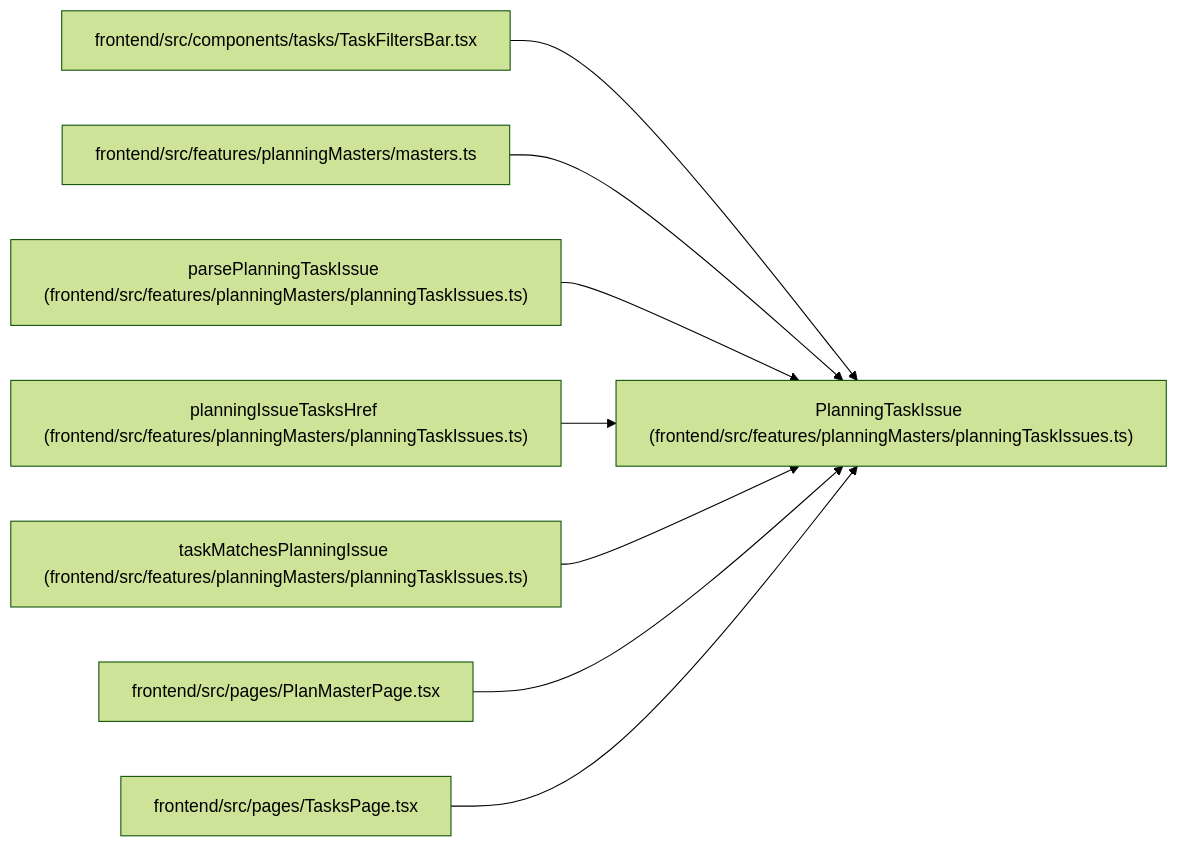
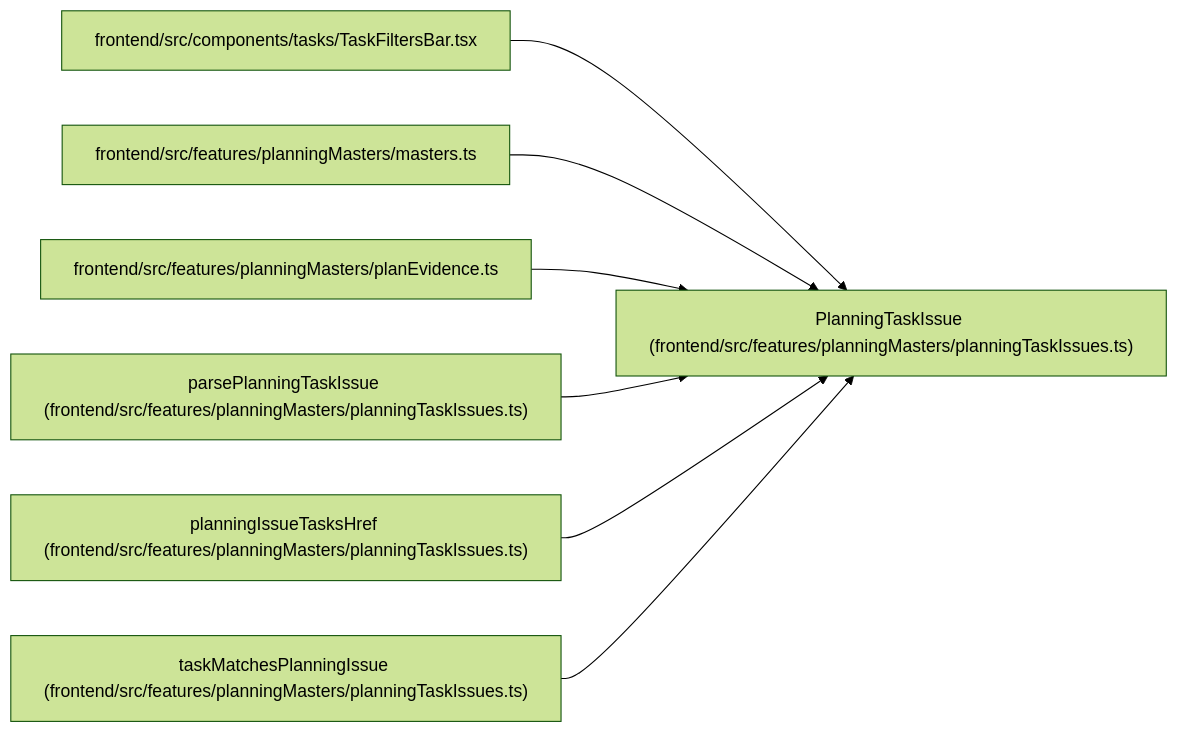
One commit to Denissvgn/WorkChord changed the diagram in docs/llm_wiki/entities/PlanningTaskIssue.md. Above: the diagram before and after it, drawn with Mermaid (forest theme). The commit also changed other lines of this file and 2373 other files, not shown here.

````diff
--- a/docs/llm_wiki/entities/PlanningTaskIssue.md
+++ b/docs/llm_wiki/entities/PlanningTaskIssue.md
@@ -28,26 +28,23 @@
 ```mermaid
 flowchart LR
     n0["PlanningTaskIssue (frontend/src/features/planningMasters/planningTaskIssues.ts)"]
     n1["frontend/src/components/tasks/TaskFiltersBar.tsx"]
     n2["frontend/src/features/planningMasters/masters.ts"]
-    n3["parsePlanningTaskIssue (frontend/src/features/planningMasters/planningTaskIssues.ts)"]
-    n4["planningIssueTasksHref (frontend/src/features/planningMasters/planningTaskIssues.ts)"]
-    n5["taskMatchesPlanningIssue (frontend/src/features/planningMasters/planningTaskIssues.ts)"]
-    n6["frontend/src/pages/PlanMasterPage.tsx"]
-    n7["frontend/src/pages/TasksPage.tsx"]
+    n3["frontend/src/features/planningMasters/planEvidence.ts"]
+    n4["parsePlanningTaskIssue (frontend/src/features/planningMasters/planningTaskIssues.ts)"]
+    n5["planningIssueTasksHref (frontend/src/features/planningMasters/planningTaskIssues.ts)"]
+    n6["taskMatchesPlanningIssue (frontend/src/features/planningMasters/planningTaskIssues.ts)"]
     n1 --> n0
     n2 --> n0
     n3 --> n0
     n4 --> n0
     n5 --> n0
     n6 --> n0
-    n7 --> n0
     click n0 "../modules/planningTaskIssues.md"
     click n1 "../modules/TaskFiltersBar.md"
     click n2 "../modules/planningMasters_masters.md"
-    click n3 "../modules/planningTaskIssues.md"
+    click n3 "../modules/planEvidence.md"
     click n4 "../modules/planningTaskIssues.md"
     click n5 "../modules/planningTaskIssues.md"
-    click n6 "../modules/PlanMasterPage.md"
-    click n7 "../modules/TasksPage.md"
+    click n6 "../modules/planningTaskIssues.md"
 ```
````
